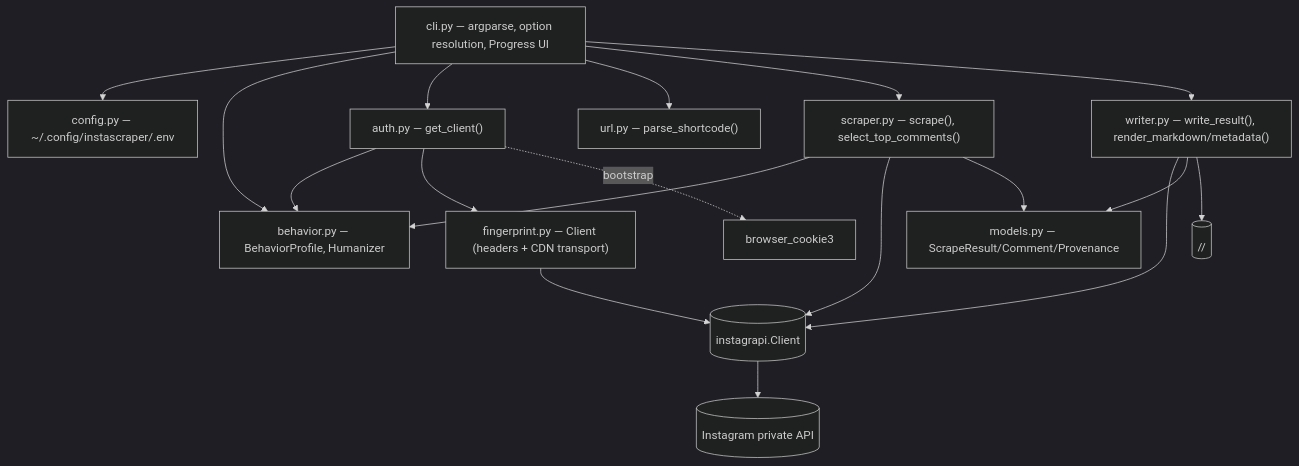
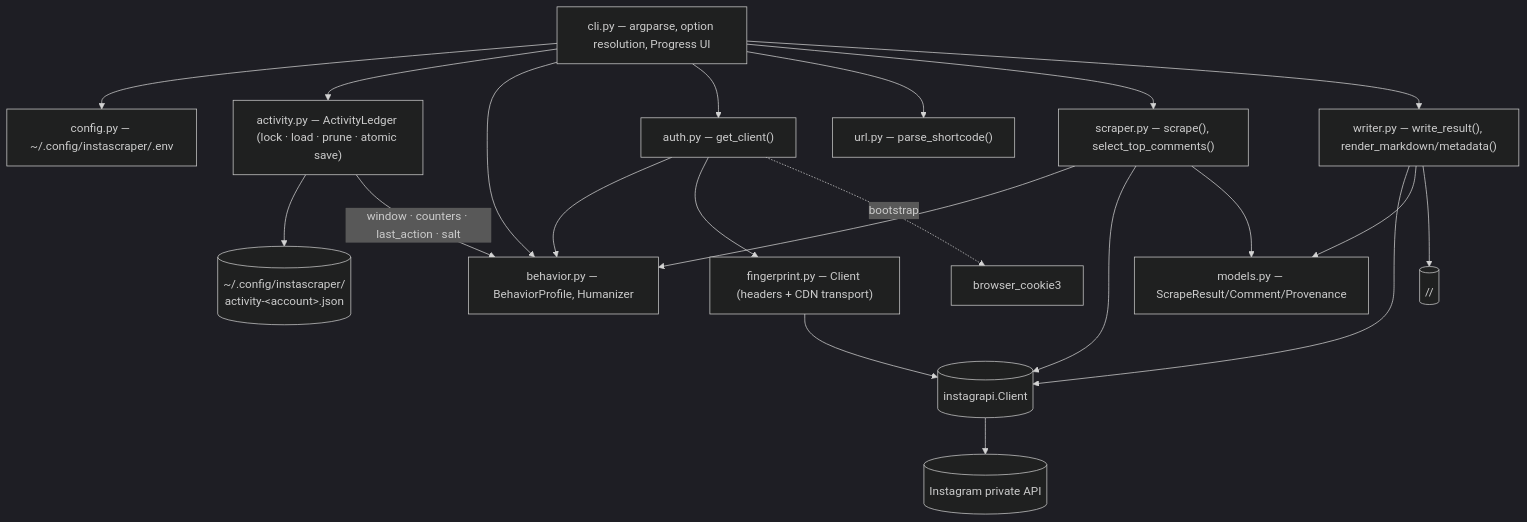
Before and after one commit to tillg/instascraper: the first of 4 diagrams in specs/system/architecture.md, drawn with Mermaid (dark theme). The commit also changed other lines of this file and 22 other files, not shown here.

````diff
--- a/specs/system/architecture.md
+++ b/specs/system/architecture.md
@@ -16,20 +16,23 @@
 ```mermaid
 flowchart TD
     CLI["cli.py — argparse, option resolution, Progress UI"] --> CONFIG["config.py — ~/.config/instascraper/.env"]
+    CLI --> ACT["activity.py — ActivityLedger (lock · load · prune · atomic save)"]
+    ACT --> LFS[("~/.config/instascraper/\nactivity-&lt;account&gt;.json")]
     CLI --> BEH["behavior.py — BehaviorProfile, Humanizer"]
+    ACT -->|"window · counters · last_action · salt"| BEH
     CLI --> AUTH["auth.py — get_client()"]
     CLI --> URLP["url.py — parse_shortcode()"]
     CLI --> SCRAPE["scraper.py — scrape(), select_top_comments()"]
     CLI --> WRITE["writer.py — write_result(), render_markdown/metadata()"]
     AUTH --> BEH
     SCRAPE --> BEH
     AUTH --> FP["fingerprint.py — Client (headers + CDN transport)"]
     FP --> CLIENT[("instagrapi.Client")]
     AUTH -. "bootstrap" .-> BC["browser_cookie3"]
     SCRAPE --> CLIENT
     WRITE --> CLIENT
     SCRAPE --> MODELS["models.py — ScrapeResult/Comment/Provenance"]
     WRITE --> MODELS
     WRITE --> FS[("<target-dir>/<shortcode>/")]
     CLIENT --> IG[("Instagram private API")]
 ```
````
